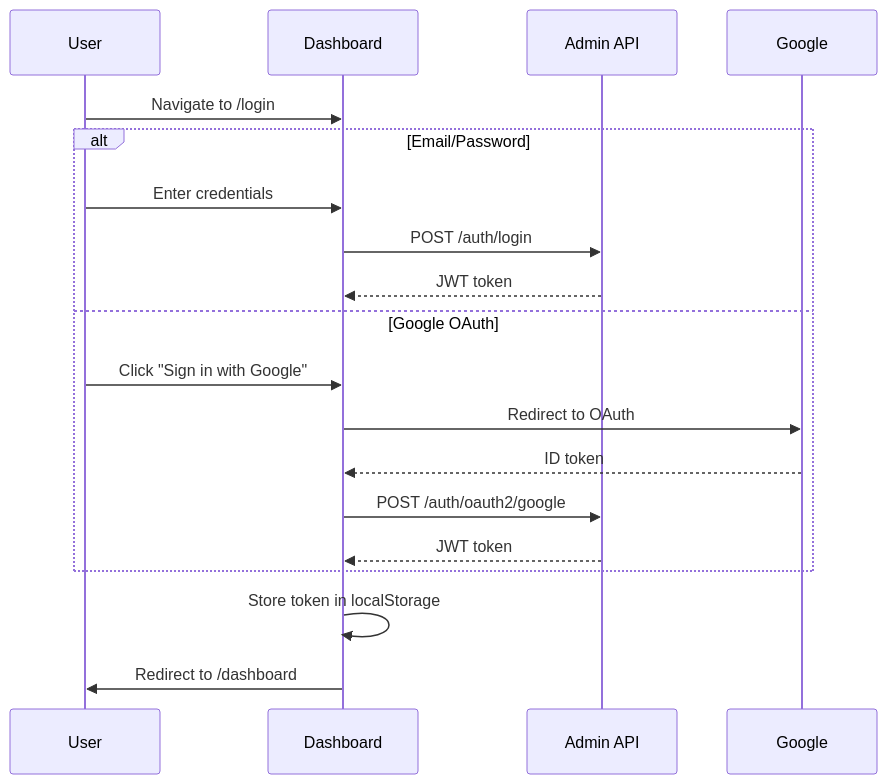
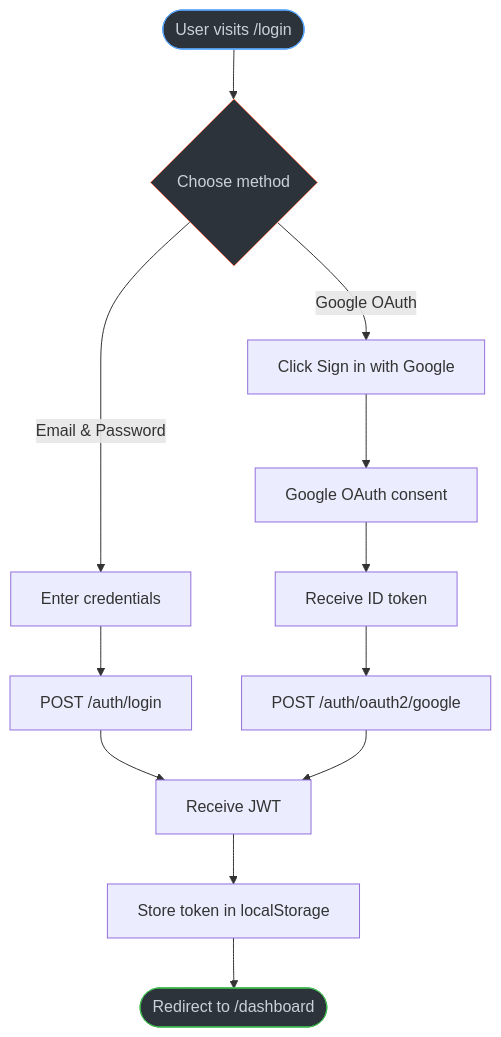
The diagram in dashboard/docs/README.md (07manan/feature-flag), drawn with Mermaid before and after one commit. The commit also changed 13 other files, not shown here.

````diff
--- a/dashboard/docs/README.md
+++ b/dashboard/docs/README.md
@@ -144,24 +144,22 @@
 ```mermaid
-sequenceDiagram
-    participant User
-    participant Dashboard
-    participant Admin API
-    participant Google
+flowchart TD
+    A([User visits /login]) --> B{Choose method}
 
-    User->>Dashboard: Navigate to /login
-    
-    alt Email/Password
-        User->>Dashboard: Enter credentials
-        Dashboard->>Admin API: POST /auth/login
-        Admin API-->>Dashboard: JWT token
-    else Google OAuth
-        User->>Dashboard: Click "Sign in with Google"
-        Dashboard->>Google: Redirect to OAuth
-        Google-->>Dashboard: ID token
-        Dashboard->>Admin API: POST /auth/oauth2/google
-        Admin API-->>Dashboard: JWT token
-    end
-    
-    Dashboard->>Dashboard: Store token in localStorage
-    Dashboard->>User: Redirect to /dashboard
+    B -->|Email & Password| C[Enter credentials]
+    C --> D[POST /auth/login]
+
+    B -->|Google OAuth| E[Click Sign in with Google]
+    E --> F[Google OAuth consent]
+    F --> G[Receive ID token]
+    G --> H[POST /auth/oauth2/google]
+
+    D --> I[Receive JWT]
+    H --> I
+
+    I --> J[Store token in localStorage]
+    J --> K([Redirect to /dashboard])
+
+    style A fill:#2d333b,stroke:#58a6ff,color:#c9d1d9
+    style K fill:#2d333b,stroke:#3fb950,color:#c9d1d9
+    style B fill:#2d333b,stroke:#f78166,color:#c9d1d9
 ```
````
